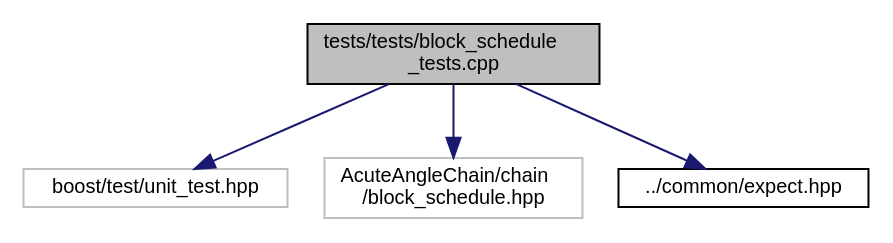
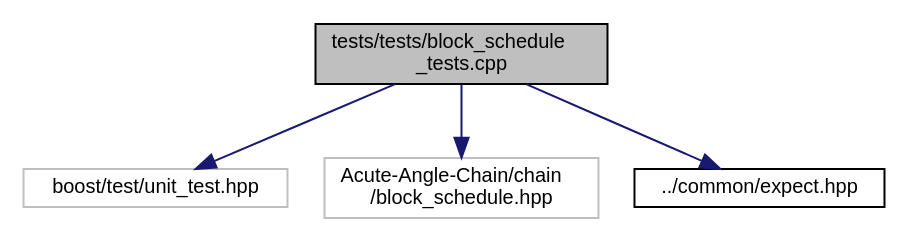
The diagram in docs/rtf/block__schedule__tests_8cpp__incl.dot (AcuteAngleCloud/Acute-Angle-Chain), drawn with Graphviz before and after one commit. The commit also changed 11711 other files, not shown here.

Commit message:
modified README.md and AcuteAngleChain to Acute-Angle-Chain

```diff
--- a/docs/rtf/block__schedule__tests_8cpp__incl.dot
+++ b/docs/rtf/block__schedule__tests_8cpp__incl.dot
@@ -1,12 +1,12 @@
 digraph "tests/tests/block_schedule_tests.cpp"
 {
   edge [fontname="Helvetica",fontsize="10",labelfontname="Helvetica",labelfontsize="10"];
   node [fontname="Helvetica",fontsize="10",shape=record];
   Node0 [label="tests/tests/block_schedule\l_tests.cpp",height=0.2,width=0.4,color="black", fillcolor="grey75", style="filled", fontcolor="black"];
   Node0 -> Node1 [color="midnightblue",fontsize="10",style="solid",fontname="Helvetica"];
   Node1 [label="boost/test/unit_test.hpp",height=0.2,width=0.4,color="grey75", fillcolor="white", style="filled"];
   Node0 -> Node2 [color="midnightblue",fontsize="10",style="solid",fontname="Helvetica"];
-  Node2 [label="AcuteAngleChain/chain\l/block_schedule.hpp",height=0.2,width=0.4,color="grey75", fillcolor="white", style="filled"];
+  Node2 [label="Acute-Angle-Chain/chain\l/block_schedule.hpp",height=0.2,width=0.4,color="grey75", fillcolor="white", style="filled"];
   Node0 -> Node3 [color="midnightblue",fontsize="10",style="solid",fontname="Helvetica"];
   Node3 [label="../common/expect.hpp",height=0.2,width=0.4,color="black", fillcolor="white", style="filled",URL="$expect_8hpp.html"];
 }
```
